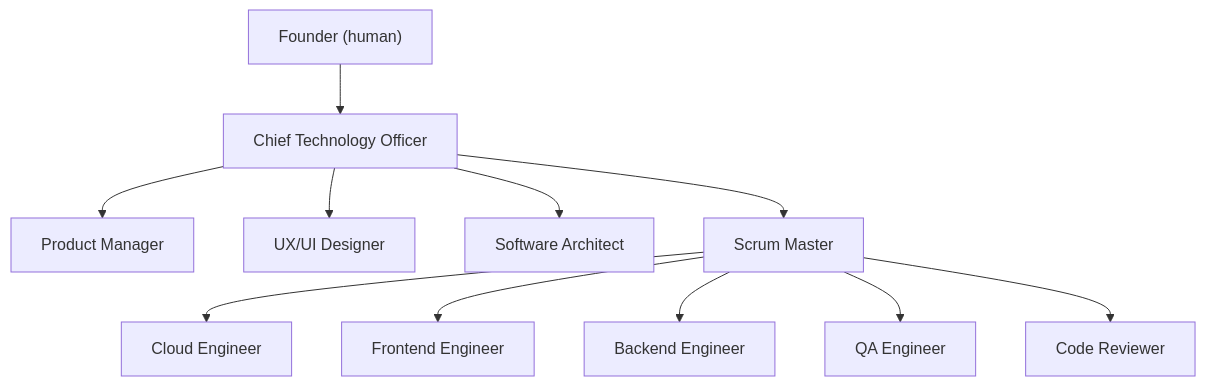
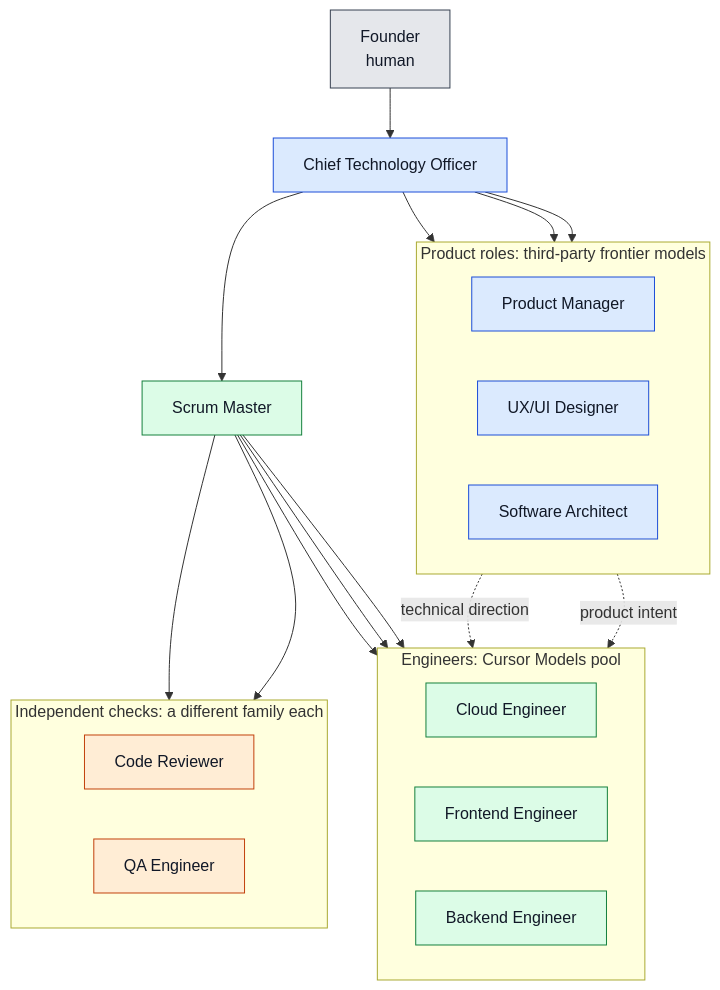
Before and after one commit to sheepnir/GrokBot_DevFlow: the first of 3 diagrams in README.md, drawn with Mermaid. The commit also changed other lines of this file, not shown here.

First line of the commit message:
Explain token efficiency in the README and clarify the charts

````diff
--- a/README.md
+++ b/README.md
@@ -11,13 +23,36 @@
 ```mermaid
-graph TD
-    Founder["Founder (human)"] --> CTO["Chief Technology Officer"]
-    CTO --> PM["Product Manager"]
-    CTO --> UXD["UX/UI Designer"]
-    CTO --> ARCH["Software Architect"]
-    CTO --> SM["Scrum Master"]
-    SM --> CLOUD["Cloud Engineer"]
-    SM --> FE["Frontend Engineer"]
-    SM --> BE["Backend Engineer"]
-    SM --> QA["QA Engineer"]
-    SM --> CR["Code Reviewer"]
+flowchart TD
+    Founder["Founder<br>human"]
+    CTO["Chief Technology Officer"]
+    SM["Scrum Master"]
+    subgraph Product["Product roles: third-party frontier models"]
+        direction LR
+        PM["Product Manager"]
+        UXD["UX/UI Designer"]
+        ARCH["Software Architect"]
+    end
+    subgraph Eng["Engineers: Cursor Models pool"]
+        direction LR
+        CLOUD["Cloud Engineer"]
+        FE["Frontend Engineer"]
+        BE["Backend Engineer"]
+    end
+    subgraph Checks["Independent checks: a different family each"]
+        direction LR
+        CR["Code Reviewer"]
+        QA["QA Engineer"]
+    end
+    Founder --> CTO
+    CTO --> PM & UXD & ARCH & SM
+    SM --> CLOUD & FE & BE & CR & QA
+    ARCH -. technical direction .-> Eng
+    PM -. product intent .-> Eng
+    classDef human fill:#e5e7eb,stroke:#374151,color:#111827
+    classDef frontier fill:#dbeafe,stroke:#1d4ed8,color:#111827
+    classDef cursor fill:#dcfce7,stroke:#15803d,color:#111827
+    classDef checks fill:#ffedd5,stroke:#c2410c,color:#111827
+    class Founder human
+    class CTO,PM,UXD,ARCH frontier
+    class SM,CLOUD,FE,BE cursor
+    class CR,QA checks
 ```
````
